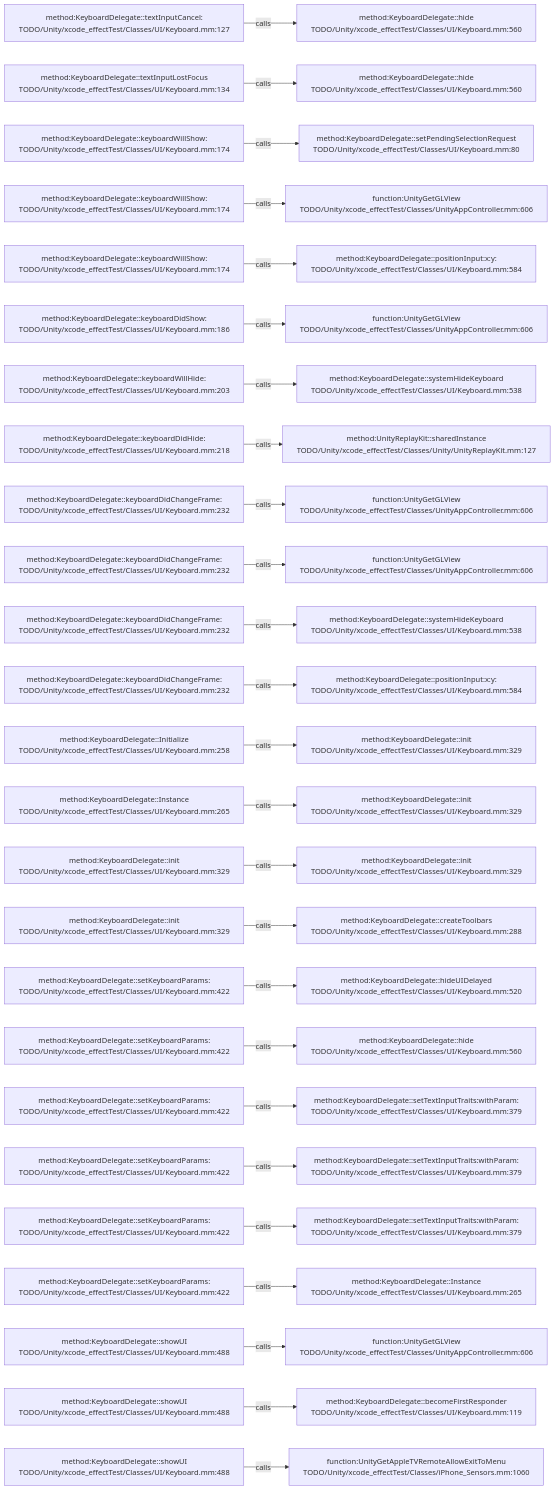
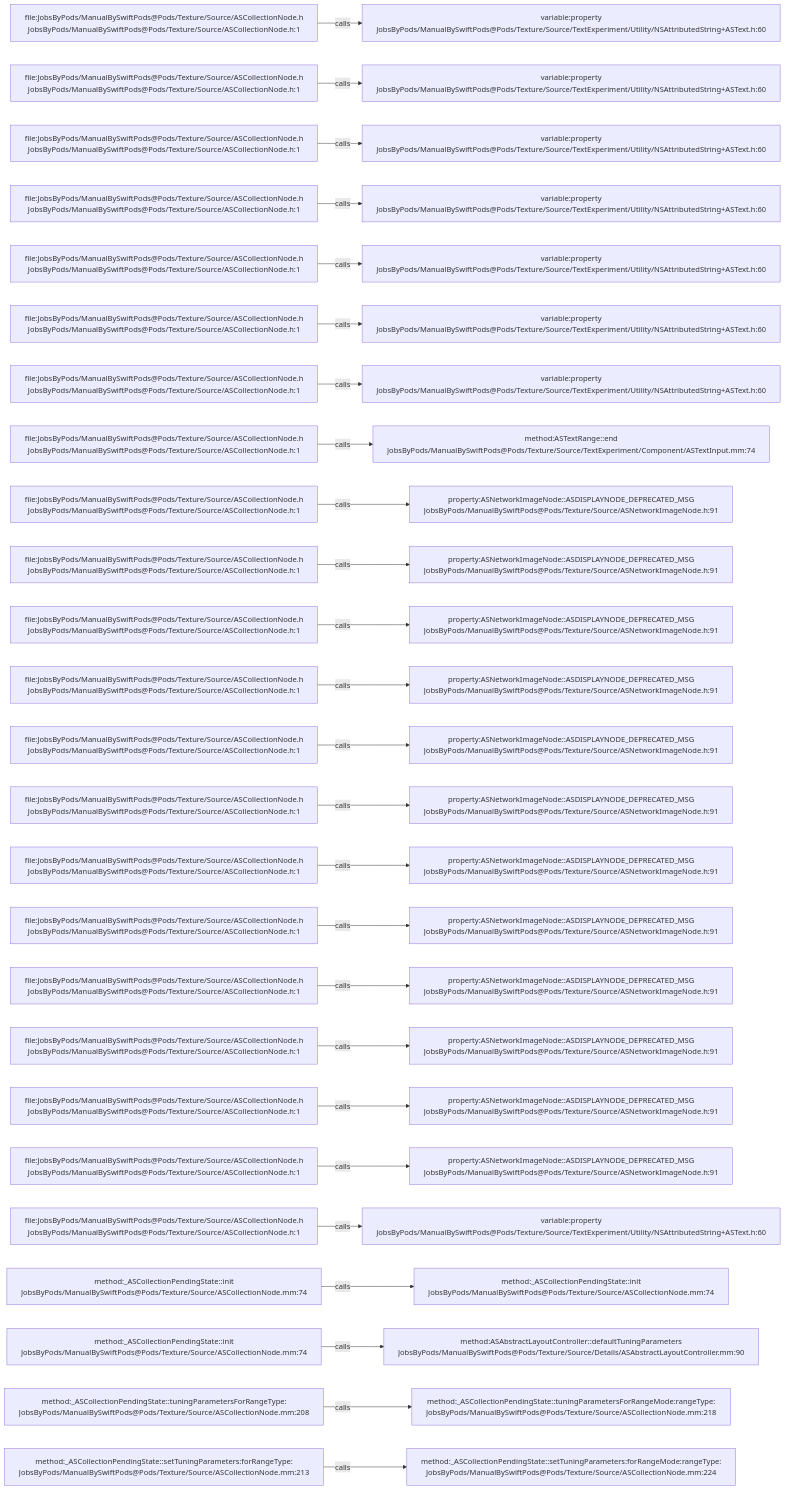
The diagram in .codegraph/codegraph.md/graphs/calls-025.md (JobsKits/JobsSwiftBaseConfigDemo), drawn with Mermaid before and after one commit. The commit also changed 2959 other files, not shown here.

````diff
--- a/.codegraph/codegraph.md/graphs/calls-025.md
+++ b/.codegraph/codegraph.md/graphs/calls-025.md
@@ -13,78 +13,78 @@
 ```mermaid
 flowchart LR
-  S1["method:KeyboardDelegate::textInputCancel:<br/>TODO/Unity/xcode_effectTest/Classes/UI/Keyboard.mm:127"]
-  T1["method:KeyboardDelegate::hide<br/>TODO/Unity/xcode_effectTest/Classes/UI/Keyboard.mm:560"]
+  S1["file:JobsByPods/ManualBySwiftPods@Pods/Texture/Source/ASCollectionNode.h<br/>JobsByPods/ManualBySwiftPods@Pods/Texture/Source/ASCollectionNode.h:1"]
+  T1["variable:property<br/>JobsByPods/ManualBySwiftPods@Pods/Texture/Source/TextExperiment/Utility/NSAttributedString+ASText.h:60"]
   S1 -->|calls| T1
-  S2["method:KeyboardDelegate::textInputLostFocus<br/>TODO/Unity/xcode_effectTest/Classes/UI/Keyboard.mm:134"]
-  T2["method:KeyboardDelegate::hide<br/>TODO/Unity/xcode_effectTest/Classes/UI/Keyboard.mm:560"]
+  S2["file:JobsByPods/ManualBySwiftPods@Pods/Texture/Source/ASCollectionNode.h<br/>JobsByPods/ManualBySwiftPods@Pods/Texture/Source/ASCollectionNode.h:1"]
+  T2["variable:property<br/>JobsByPods/ManualBySwiftPods@Pods/Texture/Source/TextExperiment/Utility/NSAttributedString+ASText.h:60"]
   S2 -->|calls| T2
-  S3["method:KeyboardDelegate::keyboardWillShow:<br/>TODO/Unity/xcode_effectTest/Classes/UI/Keyboard.mm:174"]
-  T3["method:KeyboardDelegate::setPendingSelectionRequest<br/>TODO/Unity/xcode_effectTest/Classes/UI/Keyboard.mm:80"]
+  S3["file:JobsByPods/ManualBySwiftPods@Pods/Texture/Source/ASCollectionNode.h<br/>JobsByPods/ManualBySwiftPods@Pods/Texture/Source/ASCollectionNode.h:1"]
+  T3["variable:property<br/>JobsByPods/ManualBySwiftPods@Pods/Texture/Source/TextExperiment/Utility/NSAttributedString+ASText.h:60"]
   S3 -->|calls| T3
-  S4["method:KeyboardDelegate::keyboardWillShow:<br/>TODO/Unity/xcode_effectTest/Classes/UI/Keyboard.mm:174"]
-  T4["function:UnityGetGLView<br/>TODO/Unity/xcode_effectTest/Classes/UnityAppController.mm:606"]
+  S4["file:JobsByPods/ManualBySwiftPods@Pods/Texture/Source/ASCollectionNode.h<br/>JobsByPods/ManualBySwiftPods@Pods/Texture/Source/ASCollectionNode.h:1"]
+  T4["variable:property<br/>JobsByPods/ManualBySwiftPods@Pods/Texture/Source/TextExperiment/Utility/NSAttributedString+ASText.h:60"]
   S4 -->|calls| T4
-  S5["method:KeyboardDelegate::keyboardWillShow:<br/>TODO/Unity/xcode_effectTest/Classes/UI/Keyboard.mm:174"]
-  T5["method:KeyboardDelegate::positionInput:x:y:<br/>TODO/Unity/xcode_effectTest/Classes/UI/Keyboard.mm:584"]
+  S5["file:JobsByPods/ManualBySwiftPods@Pods/Texture/Source/ASCollectionNode.h<br/>JobsByPods/ManualBySwiftPods@Pods/Texture/Source/ASCollectionNode.h:1"]
+  T5["variable:property<br/>JobsByPods/ManualBySwiftPods@Pods/Texture/Source/TextExperiment/Utility/NSAttributedString+ASText.h:60"]
   S5 -->|calls| T5
-  S6["method:KeyboardDelegate::keyboardDidShow:<br/>TODO/Unity/xcode_effectTest/Classes/UI/Keyboard.mm:186"]
-  T6["function:UnityGetGLView<br/>TODO/Unity/xcode_effectTest/Classes/UnityAppController.mm:606"]
+  S6["file:JobsByPods/ManualBySwiftPods@Pods/Texture/Source/ASCollectionNode.h<br/>JobsByPods/ManualBySwiftPods@Pods/Texture/Source/ASCollectionNode.h:1"]
+  T6["variable:property<br/>JobsByPods/ManualBySwiftPods@Pods/Texture/Source/TextExperiment/Utility/NSAttributedString+ASText.h:60"]
   S6 -->|calls| T6
-  S7["method:KeyboardDelegate::keyboardWillHide:<br/>TODO/Unity/xcode_effectTest/Classes/UI/Keyboard.mm:203"]
-  T7["method:KeyboardDelegate::systemHideKeyboard<br/>TODO/Unity/xcode_effectTest/Classes/UI/Keyboard.mm:538"]
+  S7["file:JobsByPods/ManualBySwiftPods@Pods/Texture/Source/ASCollectionNode.h<br/>JobsByPods/ManualBySwiftPods@Pods/Texture/Source/ASCollectionNode.h:1"]
+  T7["variable:property<br/>JobsByPods/ManualBySwiftPods@Pods/Texture/Source/TextExperiment/Utility/NSAttributedString+ASText.h:60"]
   S7 -->|calls| T7
-  S8["method:KeyboardDelegate::keyboardDidHide:<br/>TODO/Unity/xcode_effectTest/Classes/UI/Keyboard.mm:218"]
-  T8["method:UnityReplayKit::sharedInstance<br/>TODO/Unity/xcode_effectTest/Classes/Unity/UnityReplayKit.mm:127"]
+  S8["file:JobsByPods/ManualBySwiftPods@Pods/Texture/Source/ASCollectionNode.h<br/>JobsByPods/ManualBySwiftPods@Pods/Texture/Source/ASCollectionNode.h:1"]
+  T8["method:ASTextRange::end<br/>JobsByPods/ManualBySwiftPods@Pods/Texture/Source/TextExperiment/Component/ASTextInput.mm:74"]
   S8 -->|calls| T8
-  S9["method:KeyboardDelegate::keyboardDidChangeFrame:<br/>TODO/Unity/xcode_effectTest/Classes/UI/Keyboard.mm:232"]
-  T9["function:UnityGetGLView<br/>TODO/Unity/xcode_effectTest/Classes/UnityAppController.mm:606"]
+  S9["file:JobsByPods/ManualBySwiftPods@Pods/Texture/Source/ASCollectionNode.h<br/>JobsByPods/ManualBySwiftPods@Pods/Texture/Source/ASCollectionNode.h:1"]
+  T9["property:ASNetworkImageNode::ASDISPLAYNODE_DEPRECATED_MSG<br/>JobsByPods/ManualBySwiftPods@Pods/Texture/Source/ASNetworkImageNode.h:91"]
   S9 -->|calls| T9
-  S10["method:KeyboardDelegate::keyboardDidChangeFrame:<br/>TODO/Unity/xcode_effectTest/Classes/UI/Keyboard.mm:232"]
-  T10["function:UnityGetGLView<br/>TODO/Unity/xcode_effectTest/Classes/UnityAppController.mm:606"]
+  S10["file:JobsByPods/ManualBySwiftPods@Pods/Texture/Source/ASCollectionNode.h<br/>JobsByPods/ManualBySwiftPods@Pods/Texture/Source/ASCollectionNode.h:1"]
+  T10["property:ASNetworkImageNode::ASDISPLAYNODE_DEPRECATED_MSG<br/>JobsByPods/ManualBySwiftPods@Pods/Texture/Source/ASNetworkImageNode.h:91"]
   S10 -->|calls| T10
-  S11["method:KeyboardDelegate::keyboardDidChangeFrame:<br/>TODO/Unity/xcode_effectTest/Classes/UI/Keyboard.mm:232"]
-  T11["method:KeyboardDelegate::systemHideKeyboard<br/>TODO/Unity/xcode_effectTest/Classes/UI/Keyboard.mm:538"]
+  S11["file:JobsByPods/ManualBySwiftPods@Pods/Texture/Source/ASCollectionNode.h<br/>JobsByPods/ManualBySwiftPods@Pods/Texture/Source/ASCollectionNode.h:1"]
+  T11["property:ASNetworkImageNode::ASDISPLAYNODE_DEPRECATED_MSG<br/>JobsByPods/ManualBySwiftPods@Pods/Texture/Source/ASNetworkImageNode.h:91"]
   S11 -->|calls| T11
-  S12["method:KeyboardDelegate::keyboardDidChangeFrame:<br/>TODO/Unity/xcode_effectTest/Classes/UI/Keyboard.mm:232"]
-  T12["method:KeyboardDelegate::positionInput:x:y:<br/>TODO/Unity/xcode_effectTest/Classes/UI/Keyboard.mm:584"]
+  S12["file:JobsByPods/ManualBySwiftPods@Pods/Texture/Source/ASCollectionNode.h<br/>JobsByPods/ManualBySwiftPods@Pods/Texture/Source/ASCollectionNode.h:1"]
+  T12["property:ASNetworkImageNode::ASDISPLAYNODE_DEPRECATED_MSG<br/>JobsByPods/ManualBySwiftPods@Pods/Texture/Source/ASNetworkImageNode.h:91"]
   S12 -->|calls| T12
-  S13["method:KeyboardDelegate::Initialize<br/>TODO/Unity/xcode_effectTest/Classes/UI/Keyboard.mm:258"]
-  T13["method:KeyboardDelegate::init<br/>TODO/Unity/xcode_effectTest/Classes/UI/Keyboard.mm:329"]
+  S13["file:JobsByPods/ManualBySwiftPods@Pods/Texture/Source/ASCollectionNode.h<br/>JobsByPods/ManualBySwiftPods@Pods/Texture/Source/ASCollectionNode.h:1"]
+  T13["property:ASNetworkImageNode::ASDISPLAYNODE_DEPRECATED_MSG<br/>JobsByPods/ManualBySwiftPods@Pods/Texture/Source/ASNetworkImageNode.h:91"]
   S13 -->|calls| T13
-  S14["method:KeyboardDelegate::Instance<br/>TODO/Unity/xcode_effectTest/Classes/UI/Keyboard.mm:265"]
-  T14["method:KeyboardDelegate::init<br/>TODO/Unity/xcode_effectTest/Classes/UI/Keyboard.mm:329"]
+  S14["file:JobsByPods/ManualBySwiftPods@Pods/Texture/Source/ASCollectionNode.h<br/>JobsByPods/ManualBySwiftPods@Pods/Texture/Source/ASCollectionNode.h:1"]
+  T14["property:ASNetworkImageNode::ASDISPLAYNODE_DEPRECATED_MSG<br/>JobsByPods/ManualBySwiftPods@Pods/Texture/Source/ASNetworkImageNode.h:91"]
   S14 -->|calls| T14
-  S15["method:KeyboardDelegate::init<br/>TODO/Unity/xcode_effectTest/Classes/UI/Keyboard.mm:329"]
-  T15["method:KeyboardDelegate::init<br/>TODO/Unity/xcode_effectTest/Classes/UI/Keyboard.mm:329"]
+  S15["file:JobsByPods/ManualBySwiftPods@Pods/Texture/Source/ASCollectionNode.h<br/>JobsByPods/ManualBySwiftPods@Pods/Texture/Source/ASCollectionNode.h:1"]
+  T15["property:ASNetworkImageNode::ASDISPLAYNODE_DEPRECATED_MSG<br/>JobsByPods/ManualBySwiftPods@Pods/Texture/Source/ASNetworkImageNode.h:91"]
   S15 -->|calls| T15
-  S16["method:KeyboardDelegate::init<br/>TODO/Unity/xcode_effectTest/Classes/UI/Keyboard.mm:329"]
-  T16["method:KeyboardDelegate::createToolbars<br/>TODO/Unity/xcode_effectTest/Classes/UI/Keyboard.mm:288"]
+  S16["file:JobsByPods/ManualBySwiftPods@Pods/Texture/Source/ASCollectionNode.h<br/>JobsByPods/ManualBySwiftPods@Pods/Texture/Source/ASCollectionNode.h:1"]
+  T16["property:ASNetworkImageNode::ASDISPLAYNODE_DEPRECATED_MSG<br/>JobsByPods/ManualBySwiftPods@Pods/Texture/Source/ASNetworkImageNode.h:91"]
   S16 -->|calls| T16
-  S17["method:KeyboardDelegate::setKeyboardParams:<br/>TODO/Unity/xcode_effectTest/Classes/UI/Keyboard.mm:422"]
-  T17["method:KeyboardDelegate::hideUIDelayed<br/>TODO/Unity/xcode_effectTest/Classes/UI/Keyboard.mm:520"]
+  S17["file:JobsByPods/ManualBySwiftPods@Pods/Texture/Source/ASCollectionNode.h<br/>JobsByPods/ManualBySwiftPods@Pods/Texture/Source/ASCollectionNode.h:1"]
+  T17["property:ASNetworkImageNode::ASDISPLAYNODE_DEPRECATED_MSG<br/>JobsByPods/ManualBySwiftPods@Pods/Texture/Source/ASNetworkImageNode.h:91"]
   S17 -->|calls| T17
-  S18["method:KeyboardDelegate::setKeyboardParams:<br/>TODO/Unity/xcode_effectTest/Classes/UI/Keyboard.mm:422"]
-  T18["method:KeyboardDelegate::hide<br/>TODO/Unity/xcode_effectTest/Classes/UI/Keyboard.mm:560"]
+  S18["file:JobsByPods/ManualBySwiftPods@Pods/Texture/Source/ASCollectionNode.h<br/>JobsByPods/ManualBySwiftPods@Pods/Texture/Source/ASCollectionNode.h:1"]
+  T18["property:ASNetworkImageNode::ASDISPLAYNODE_DEPRECATED_MSG<br/>JobsByPods/ManualBySwiftPods@Pods/Texture/Source/ASNetworkImageNode.h:91"]
   S18 -->|calls| T18
-  S19["method:KeyboardDelegate::setKeyboardParams:<br/>TODO/Unity/xcode_effectTest/Classes/UI/Keyboard.mm:422"]
-  T19["method:KeyboardDelegate::setTextInputTraits:withParam:<br/>TODO/Unity/xcode_effectTest/Classes/UI/Keyboard.mm:379"]
+  S19["file:JobsByPods/ManualBySwiftPods@Pods/Texture/Source/ASCollectionNode.h<br/>JobsByPods/ManualBySwiftPods@Pods/Texture/Source/ASCollectionNode.h:1"]
+  T19["property:ASNetworkImageNode::ASDISPLAYNODE_DEPRECATED_MSG<br/>JobsByPods/ManualBySwiftPods@Pods/Texture/Source/ASNetworkImageNode.h:91"]
   S19 -->|calls| T19
-  S20["method:KeyboardDelegate::setKeyboardParams:<br/>TODO/Unity/xcode_effectTest/Classes/UI/Keyboard.mm:422"]
-  T20["method:KeyboardDelegate::setTextInputTraits:withParam:<br/>TODO/Unity/xcode_effectTest/Classes/UI/Keyboard.mm:379"]
+  S20["file:JobsByPods/ManualBySwiftPods@Pods/Texture/Source/ASCollectionNode.h<br/>JobsByPods/ManualBySwiftPods@Pods/Texture/Source/ASCollectionNode.h:1"]
+  T20["property:ASNetworkImageNode::ASDISPLAYNODE_DEPRECATED_MSG<br/>JobsByPods/ManualBySwiftPods@Pods/Texture/Source/ASNetworkImageNode.h:91"]
   S20 -->|calls| T20
-  S21["method:KeyboardDelegate::setKeyboardParams:<br/>TODO/Unity/xcode_effectTest/Classes/UI/Keyboard.mm:422"]
-  T21["method:KeyboardDelegate::setTextInputTraits:withParam:<br/>TODO/Unity/xcode_effectTest/Classes/UI/Keyboard.mm:379"]
+  S21["file:JobsByPods/ManualBySwiftPods@Pods/Texture/Source/ASCollectionNode.h<br/>JobsByPods/ManualBySwiftPods@Pods/Texture/Source/ASCollectionNode.h:1"]
+  T21["variable:property<br/>JobsByPods/ManualBySwiftPods@Pods/Texture/Source/TextExperiment/Utility/NSAttributedString+ASText.h:60"]
   S21 -->|calls| T21
-  S22["method:KeyboardDelegate::setKeyboardParams:<br/>TODO/Unity/xcode_effectTest/Classes/UI/Keyboard.mm:422"]
-  T22["method:KeyboardDelegate::Instance<br/>TODO/Unity/xcode_effectTest/Classes/UI/Keyboard.mm:265"]
+  S22["method:_ASCollectionPendingState::init<br/>JobsByPods/ManualBySwiftPods@Pods/Texture/Source/ASCollectionNode.mm:74"]
+  T22["method:_ASCollectionPendingState::init<br/>JobsByPods/ManualBySwiftPods@Pods/Texture/Source/ASCollectionNode.mm:74"]
   S22 -->|calls| T22
-  S23["method:KeyboardDelegate::showUI<br/>TODO/Unity/xcode_effectTest/Classes/UI/Keyboard.mm:488"]
-  T23["function:UnityGetGLView<br/>TODO/Unity/xcode_effectTest/Classes/UnityAppController.mm:606"]
+  S23["method:_ASCollectionPendingState::init<br/>JobsByPods/ManualBySwiftPods@Pods/Texture/Source/ASCollectionNode.mm:74"]
+  T23["method:ASAbstractLayoutController::defaultTuningParameters<br/>JobsByPods/ManualBySwiftPods@Pods/Texture/Source/Details/ASAbstractLayoutController.mm:90"]
   S23 -->|calls| T23
-  S24["method:KeyboardDelegate::showUI<br/>TODO/Unity/xcode_effectTest/Classes/UI/Keyboard.mm:488"]
-  T24["method:KeyboardDelegate::becomeFirstResponder<br/>TODO/Unity/xcode_effectTest/Classes/UI/Keyboard.mm:119"]
+  S24["method:_ASCollectionPendingState::tuningParametersForRangeType:<br/>JobsByPods/ManualBySwiftPods@Pods/Texture/Source/ASCollectionNode.mm:208"]
+  T24["method:_ASCollectionPendingState::tuningParametersForRangeMode:rangeType:<br/>JobsByPods/ManualBySwiftPods@Pods/Texture/Source/ASCollectionNode.mm:218"]
   S24 -->|calls| T24
-  S25["method:KeyboardDelegate::showUI<br/>TODO/Unity/xcode_effectTest/Classes/UI/Keyboard.mm:488"]
-  T25["function:UnityGetAppleTVRemoteAllowExitToMenu<br/>TODO/Unity/xcode_effectTest/Classes/iPhone_Sensors.mm:1060"]
+  S25["method:_ASCollectionPendingState::setTuningParameters:forRangeType:<br/>JobsByPods/ManualBySwiftPods@Pods/Texture/Source/ASCollectionNode.mm:213"]
+  T25["method:_ASCollectionPendingState::setTuningParameters:forRangeMode:rangeType:<br/>JobsByPods/ManualBySwiftPods@Pods/Texture/Source/ASCollectionNode.mm:224"]
   S25 -->|calls| T25
 ```
````
